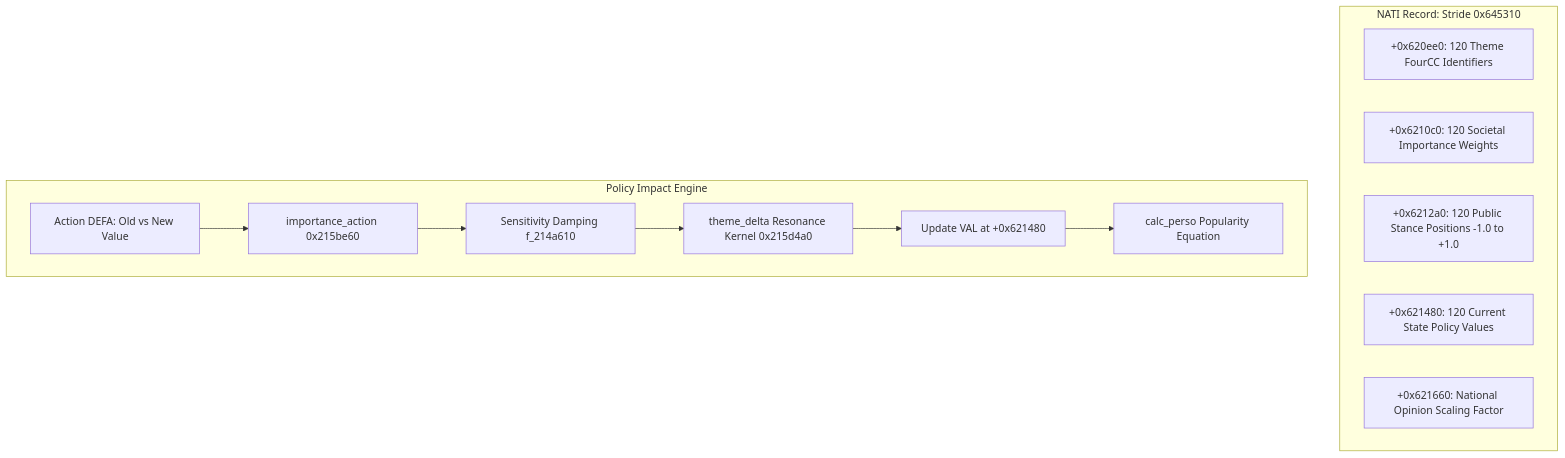
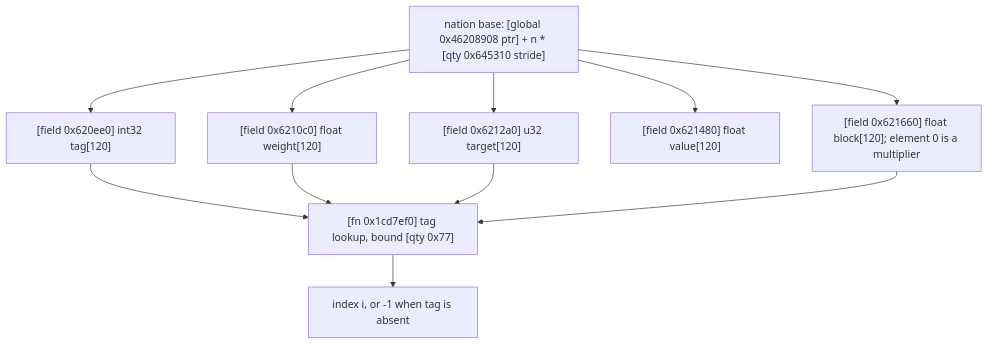
One commit to CthulhuOnIce/GPS-Docs changed the first of 4 diagrams in 04_POLITICS_AND_POPULARITY.md. Above: the diagram before and after it, drawn with Mermaid. The commit also changed other lines of this file and 12 other files, not shown here.

````diff
--- a/04_POLITICS_AND_POPULARITY.md
+++ b/04_POLITICS_AND_POPULARITY.md
@@ -9,18 +36,13 @@
 ```mermaid
 flowchart TD
-    subgraph Nation_Record [NATI Record: Stride 0x645310]
-        IDS[+0x620ee0: 120 Theme FourCC Identifiers]
-        IMP[+0x6210c0: 120 Societal Importance Weights]
-        POS[+0x6212a0: 120 Public Stance Positions -1.0 to +1.0]
-        VAL[+0x621480: 120 Current State Policy Values]
-        SCALE[+0x621660: National Opinion Scaling Factor]
-    end
-
-    subgraph Evaluation [Policy Impact Engine]
-        ACT[Action DEFA: Old vs New Value] --> IMP_FN[importance_action 0x215be60]
-        IMP_FN --> DAMP[Sensitivity Damping f_214a610]
-        DAMP --> KERNEL[theme_delta Resonance Kernel 0x215d4a0]
-        KERNEL --> LEDGER_UPD[Update VAL at +0x621480]
-        LEDGER_UPD --> POP_EQ[calc_perso Popularity Equation]
-    end
+  BASE["nation base: [global 0x46208908 ptr] + n * [qty 0x645310 stride]"] --> IDS["[field 0x620ee0] int32 tag[120]"]
+  BASE --> WGT["[field 0x6210c0] float weight[120]"]
+  BASE --> TGT["[field 0x6212a0] u32 target[120]"]
+  BASE --> VAL["[field 0x621480] float value[120]"]
+  BASE --> SC["[field 0x621660] float block[120]; element 0 is a multiplier"]
+  IDS --> LOOK["[fn 0x1cd7ef0] tag lookup, bound [qty 0x77]"]
+  WGT --> LOOK
+  TGT --> LOOK
+  SC --> LOOK
+  LOOK --> OUT["index i, or -1 when tag is absent"]
 ```
````
